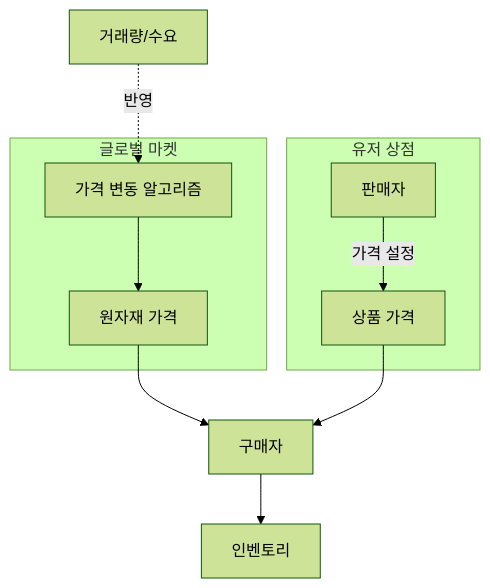
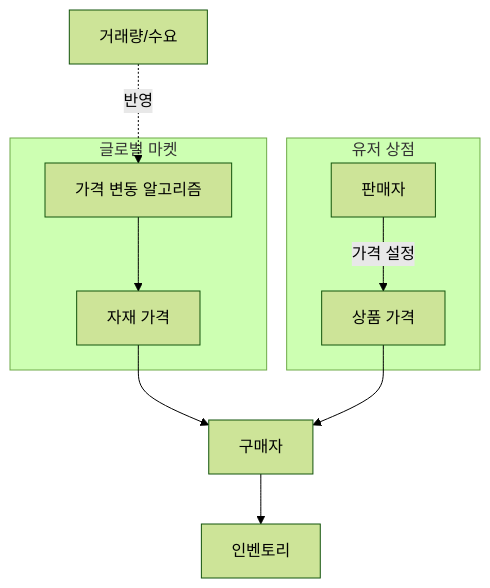
The first of 2 diagrams in docs/design/06-market.md (filename24/Idle-Factory), drawn with Mermaid (forest theme) before and after one commit. The commit also changed other lines of this file and 7 other files, not shown here.

````diff
--- a/docs/design/06-market.md
+++ b/docs/design/06-market.md
@@ -12,16 +12,16 @@
 ```mermaid
 flowchart TB
     subgraph Global[글로벌 마켓]
-        Algo[가격 변동 알고리즘] --> GPrice[원자재 가격]
+        Algo[가격 변동 알고리즘] --> GPrice[자재 가격]
     end
 
     subgraph Users[유저 상점]
         Seller[판매자] -->|가격 설정| UPrice[상품 가격]
     end
 
     GPrice --> Buyer[구매자]
     UPrice --> Buyer
     Buyer --> Inventory[인벤토리]
 
     Demand[거래량/수요] -.->|반영| Algo
 ```
````
